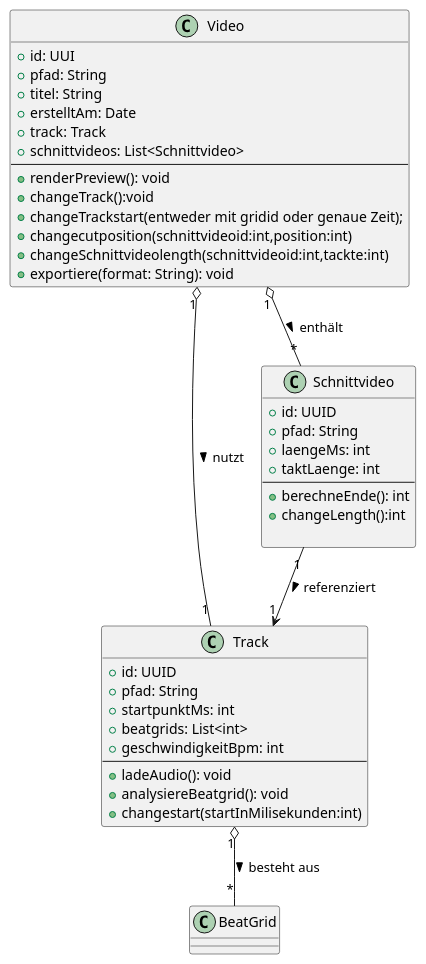
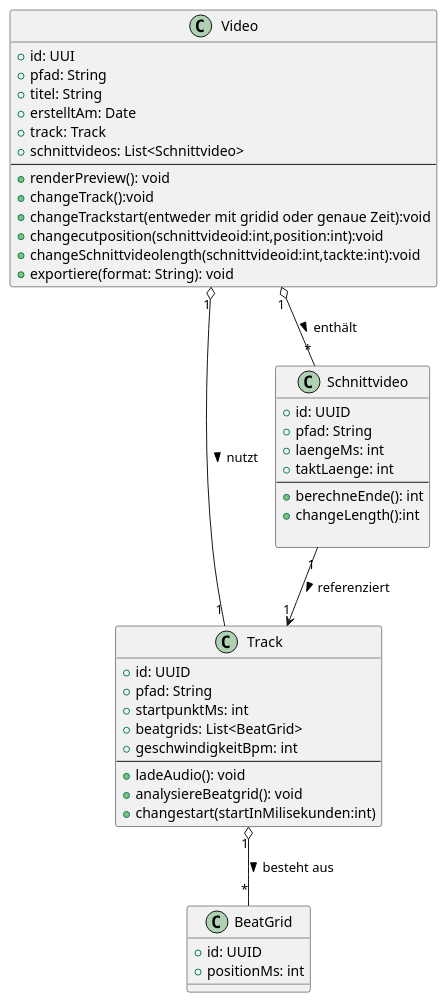
The diagram in uml.plantuml (christx-12/Instaautomatisierer), drawn with PlantUML before and after one commit. The commit also changed 10 other files, not shown here.

```diff
--- a/uml.plantuml
+++ b/uml.plantuml
@@ -1,48 +1,52 @@
 @startuml
 
 ' Basis-Typen
 class Track {
   +id: UUID
   +pfad: String
   +startpunktMs: int
-  +beatgrids: List<int>
+  +beatgrids: List<BeatGrid>
   +geschwindigkeitBpm: int
   --
   +ladeAudio(): void
   +analysiereBeatgrid(): void
   +changestart(startInMilisekunden:int)
 }
 
 class Schnittvideo {
   +id: UUID
   +pfad: String
   +laengeMs: int
   +taktLaenge: int
   --
   +berechneEnde(): int
   +changeLength():int
   
 }
+Class BeatGrid {
+  +id: UUID
+  +positionMs: int
+}
 class Video {
   +id: UUI
   +pfad: String
   +titel: String
   +erstelltAm: Date
   +track: Track
   +schnittvideos: List<Schnittvideo>
   --
   +renderPreview(): void
   +changeTrack():void
-  +changeTrackstart(entweder mit gridid oder genaue Zeit);
-  +changecutposition(schnittvideoid:int,position:int) 
-  +changeSchnittvideolength(schnittvideoid:int,tackte:int)
+  +changeTrackstart(entweder mit gridid oder genaue Zeit):void
+  +changecutposition(schnittvideoid:int,position:int):void
+  +changeSchnittvideolength(schnittvideoid:int,tackte:int):void
   +exportiere(format: String): void
 }
 
 ' Beziehungen
 Track "1" o-- "*" BeatGrid : besteht aus >
 Video "1" o-- "1" Track : nutzt >
 Video "1" o-- "*" Schnittvideo : enthält >
 Schnittvideo "1" --> "1" Track : referenziert >
 
 @enduml
```
